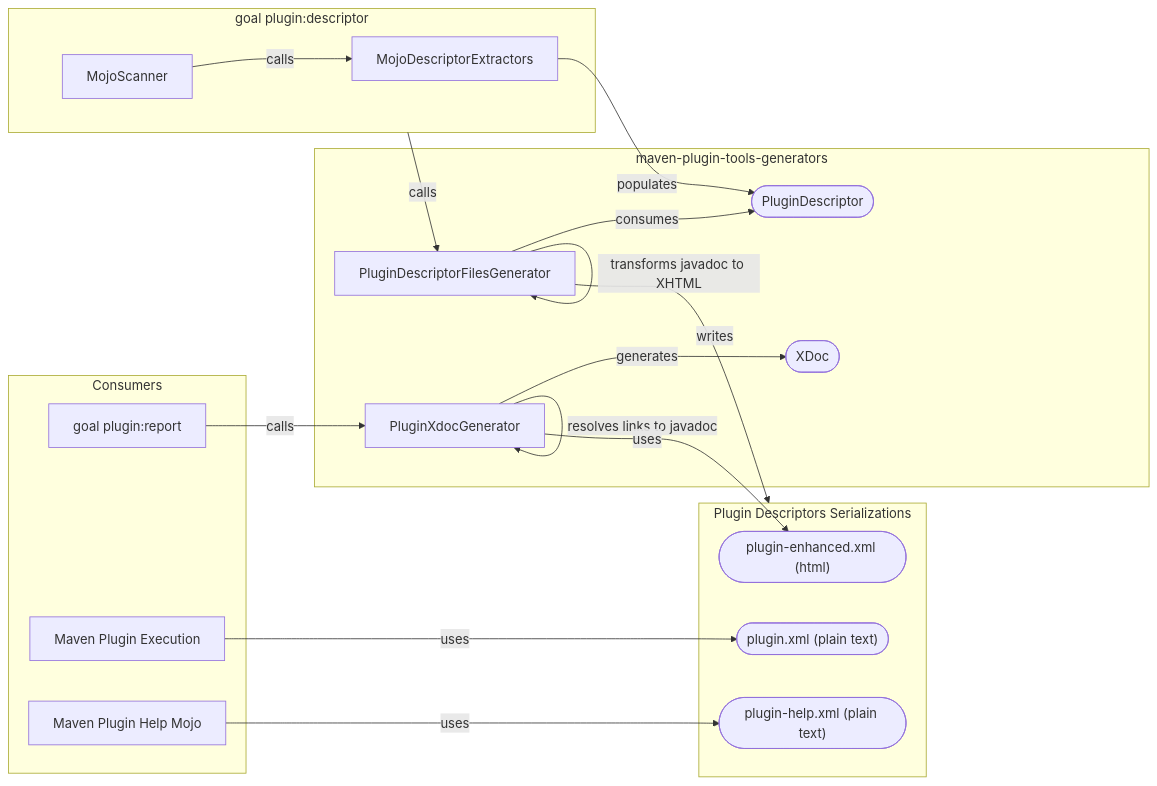
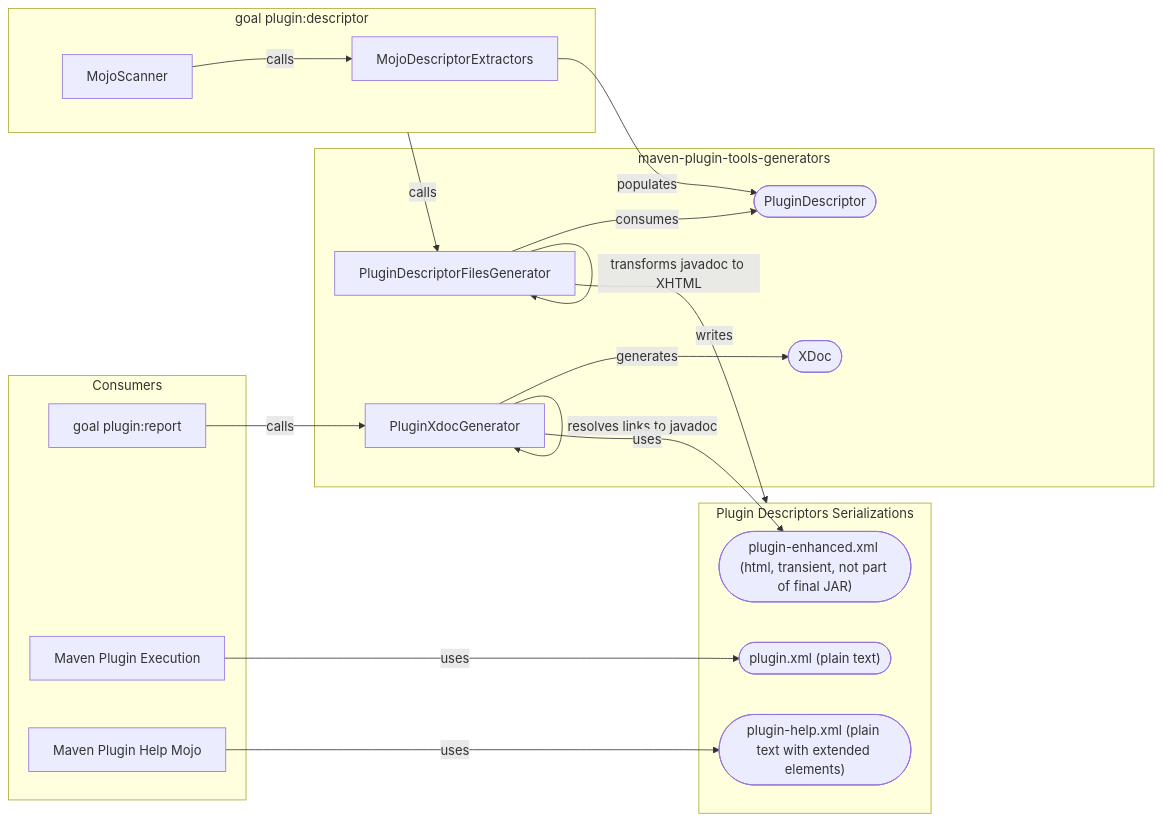
Before and after one commit to apache/maven-plugin-tools: the diagram in src/site/xdoc/plugin-descriptors.mmd, drawn with Mermaid. The commit also changed 2 other files, not shown here.

```diff
--- a/src/site/xdoc/plugin-descriptors.mmd
+++ b/src/site/xdoc/plugin-descriptors.mmd
@@ -1,26 +1,26 @@
 %% mermaid (https://mermaid-js.github.io/mermaid/#/) diagram
 flowchart LR
     subgraph producer["goal plugin:descriptor"]
         P2["MojoScanner"]--> |calls| P3["MojoDescriptorExtractors"]
     end
     producer --> |calls|G2
     P4(["PluginDescriptor"])
     P3 --> |populates| P4
     subgraph output["Plugin Descriptors Serializations"]
          O1(["plugin.xml (plain text)"])
-         O2(["plugin-help.xml (plain text)"])
-         O3(["plugin-enhanced.xml (html)"])
+         O2(["plugin-help.xml (plain text with extended elements)"])
+         O3(["plugin-enhanced.xml (html, transient, not part of final JAR)"])
     end 
     subgraph generators["maven-plugin-tools-generators"]
         G1["PluginXdocGenerator"] --> |generates| R2([XDoc])
         G1 --> |resolves links to javadoc| G1
         G1 --> |uses| O3
         G2["PluginDescriptorFilesGenerator"] --> |consumes| P4
         G2 --> |transforms javadoc to XHTML| G2
     end
     G2 --> |writes| output
     subgraph consumers["Consumers"]
         C1["goal plugin:report"] --> |calls| G1
         C2[Maven Plugin Execution] --> |uses| O1
         C3[Maven Plugin Help Mojo] --> |uses| O2
     end
```
